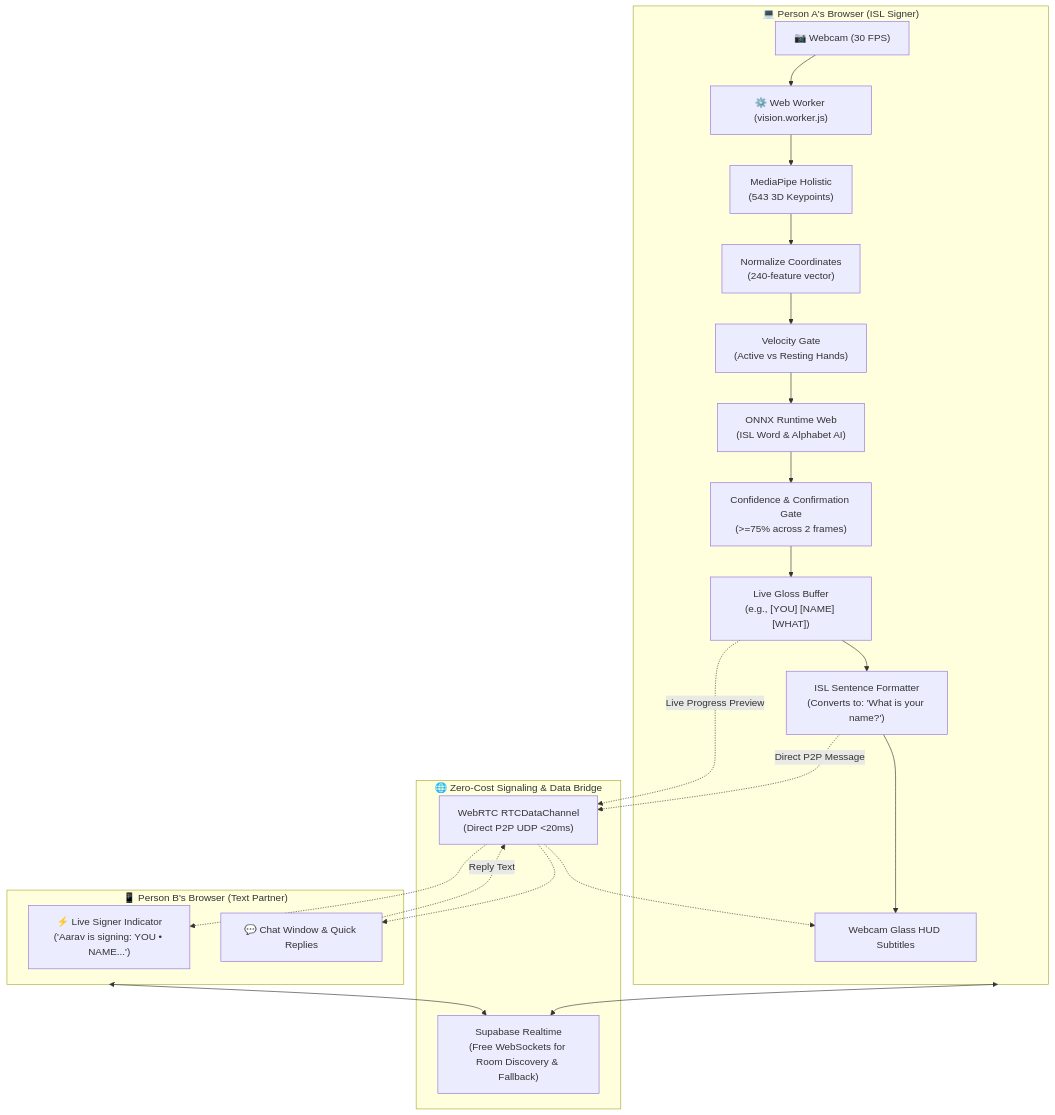
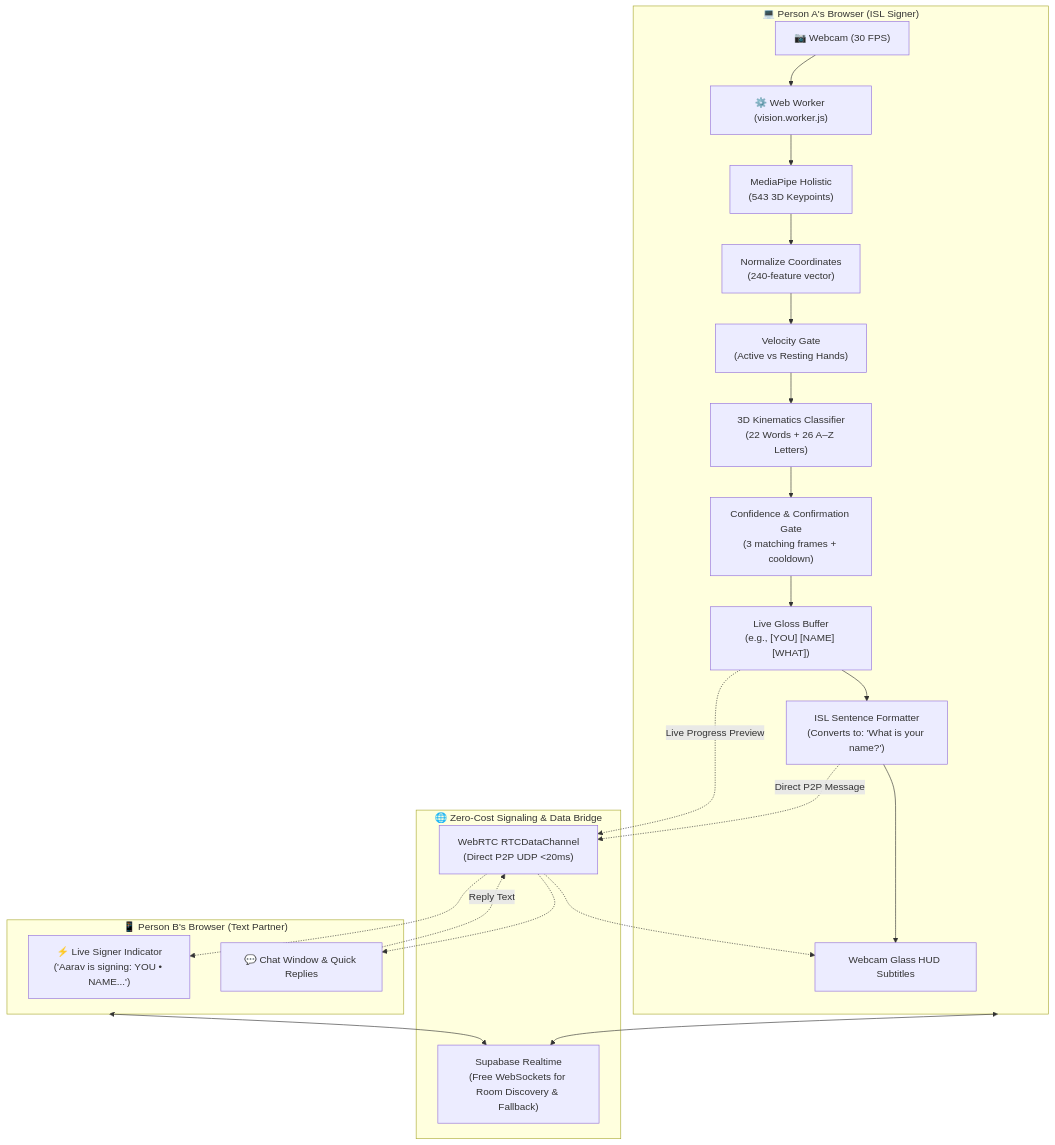
One commit to vickysahuhere/signbridge changed the third of 6 diagrams in README.md. Above: the diagram before and after it, drawn with Mermaid. The commit also changed other lines of this file and 112 other files, not shown here.

````diff
--- a/README.md
+++ b/README.md
@@ -130,33 +132,33 @@
 ```mermaid
 flowchart TD
     subgraph SignerSide["💻 Person A's Browser (ISL Signer)"]
         Cam["📷 Webcam (30 FPS)"] --> Worker["⚙️ Web Worker (vision.worker.js)"]
         Worker --> MP["MediaPipe Holistic\n(543 3D Keypoints)"]
         MP --> Norm["Normalize Coordinates\n(240-feature vector)"]
         Norm --> Vel["Velocity Gate\n(Active vs Resting Hands)"]
-        Vel --> AI["ONNX Runtime Web\n(ISL Word & Alphabet AI)"]
-        AI --> Conf["Confidence & Confirmation Gate\n(>=75% across 2 frames)"]
+        Vel --> AI["3D Kinematics Classifier\n(22 Words + 26 A–Z Letters)"]
+        AI --> Conf["Confidence & Confirmation Gate\n(3 matching frames + cooldown)"]
         Conf --> Buf["Live Gloss Buffer\n(e.g., [YOU] [NAME] [WHAT])"]
         Buf --> NLP["ISL Sentence Formatter\n(Converts to: 'What is your name?')"]
         NLP --> HUD["Webcam Glass HUD Subtitles"]
     end
 
     subgraph Connection["🌐 Zero-Cost Signaling & Data Bridge"]
         Supa["Supabase Realtime\n(Free WebSockets for Room Discovery & Fallback)"]
         P2P["WebRTC RTCDataChannel\n(Direct P2P UDP <20ms)"]
     end
 
     subgraph PartnerSide["📱 Person B's Browser (Text Partner)"]
         Preview["⚡ Live Signer Indicator\n('Aarav is signing: YOU • NAME...')"]
         Chat["💬 Chat Window & Quick Replies"]
     end
 
     NLP -.->|Direct P2P Message| P2P
     Buf -.->|Live Progress Preview| P2P
     P2P -.-> Preview
     P2P -.-> Chat
     Chat -.->|Reply Text| P2P
     P2P -.-> HUD
     SignerSide <--> Supa
     PartnerSide <--> Supa
 ```
````
